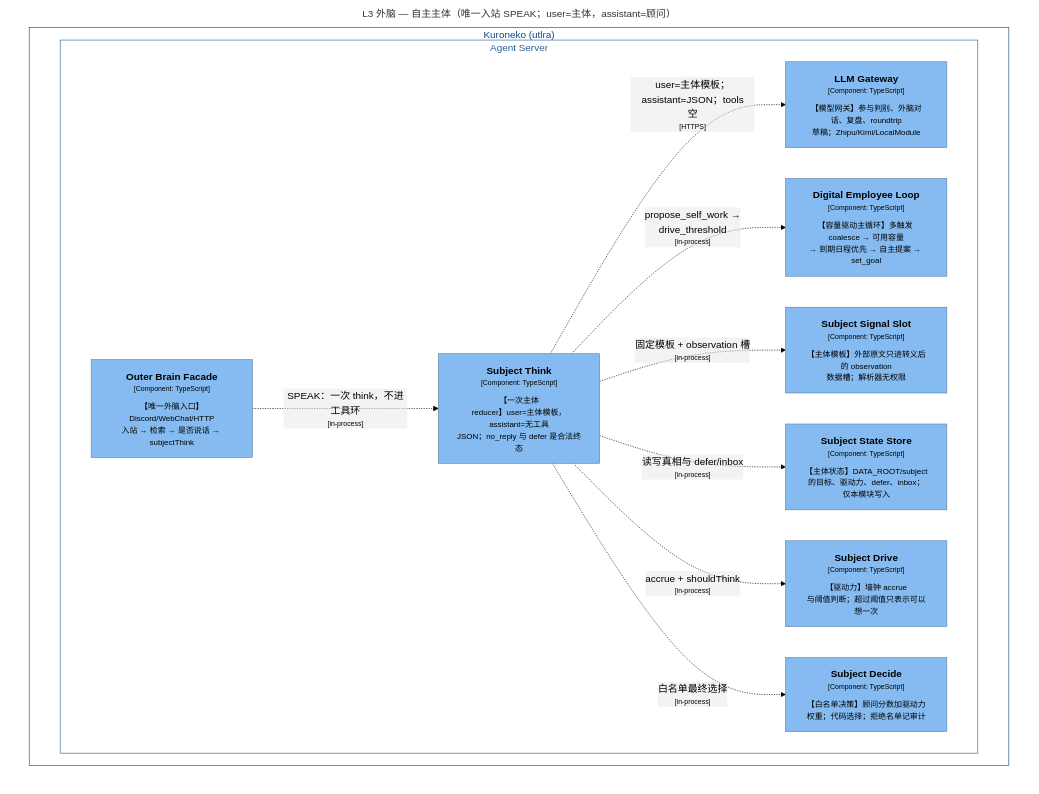
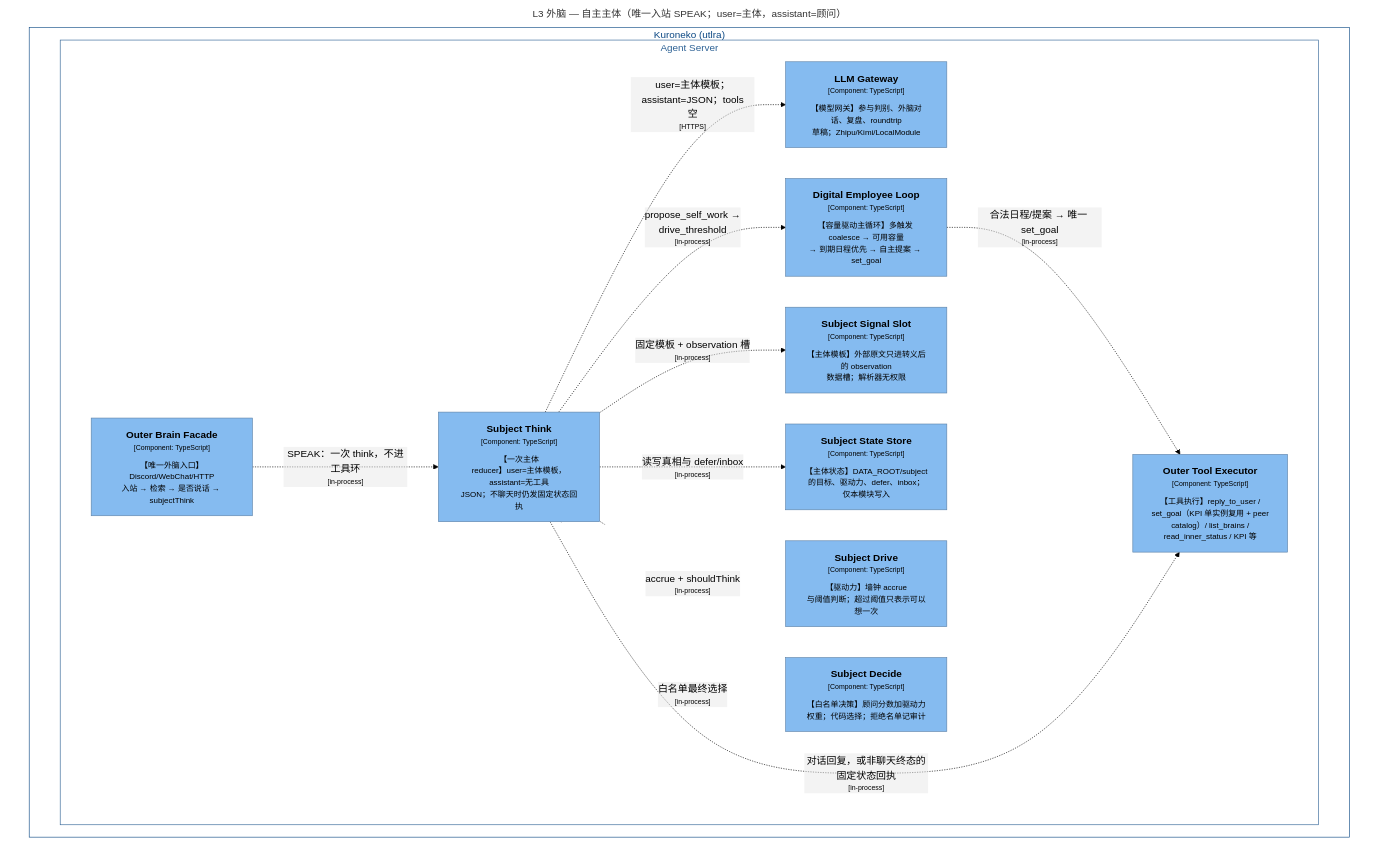
One commit to shinjiyu/amadues changed the diagram in doc/structurizr/structurizr-15-L3-Outer-Subject.mmd. Above: the diagram before and after it, drawn with Mermaid (forest theme). The commit also changed 13 other files, not shown here.

First line of the commit message:
docs(adl): status ack for non-chat subject outcomes

```diff
--- a/doc/structurizr/structurizr-15-L3-Outer-Subject.mmd
+++ b/doc/structurizr/structurizr-15-L3-Outer-Subject.mmd
@@ -1,41 +1,45 @@
 graph TB
   linkStyle default fill:#ffffff
 
   subgraph diagram ["L3 外脑 — 自主主体（唯一入站 SPEAK；user=主体，assistant=顾问）"]
     style diagram fill:#ffffff,stroke:#ffffff
 
     subgraph 11 ["Kuroneko (utlra)"]
       style 11 fill:#ffffff,stroke:#0b4884,color:#0b4884
 
       subgraph 15 ["Agent Server"]
         style 15 fill:#ffffff,stroke:#2e6295,color:#2e6295
 
         18["<div style='font-weight: bold'>Outer Brain Facade</div><div style='font-size: 70%; margin-top: 0px'>[Component: TypeScript]</div><div style='font-size: 80%; margin-top:10px'>【唯一外脑入口】Discord/WebChat/HTTP<br />入站 → 检索 → 是否说话 → subjectThink</div>"]
         style 18 fill:#85bbf0,stroke:#5d82a8,color:#000000
+        25["<div style='font-weight: bold'>Outer Tool Executor</div><div style='font-size: 70%; margin-top: 0px'>[Component: TypeScript]</div><div style='font-size: 80%; margin-top:10px'>【工具执行】reply_to_user /<br />set_goal（KPI 单实例复用 + peer<br />catalog）/ list_brains /<br />read_inner_status / KPI 等</div>"]
+        style 25 fill:#85bbf0,stroke:#5d82a8,color:#000000
         26["<div style='font-weight: bold'>LLM Gateway</div><div style='font-size: 70%; margin-top: 0px'>[Component: TypeScript]</div><div style='font-size: 80%; margin-top:10px'>【模型网关】参与判别、外脑对话、复盘、roundtrip<br />草稿；Zhipu/Kimi/LocalModule</div>"]
         style 26 fill:#85bbf0,stroke:#5d82a8,color:#000000
         49["<div style='font-weight: bold'>Digital Employee Loop</div><div style='font-size: 70%; margin-top: 0px'>[Component: TypeScript]</div><div style='font-size: 80%; margin-top:10px'>【容量驱动主循环】多触发 coalesce → 可用容量<br />→ 到期日程优先 → 自主提案 → set_goal</div>"]
         style 49 fill:#85bbf0,stroke:#5d82a8,color:#000000
         75["<div style='font-weight: bold'>Subject Signal Slot</div><div style='font-size: 70%; margin-top: 0px'>[Component: TypeScript]</div><div style='font-size: 80%; margin-top:10px'>【主体模板】外部原文只进转义后的 observation<br />数据槽；解析器无权限</div>"]
         style 75 fill:#85bbf0,stroke:#5d82a8,color:#000000
         76["<div style='font-weight: bold'>Subject State Store</div><div style='font-size: 70%; margin-top: 0px'>[Component: TypeScript]</div><div style='font-size: 80%; margin-top:10px'>【主体状态】DATA_ROOT/subject<br />的目标、驱动力、defer、inbox；仅本模块写入</div>"]
         style 76 fill:#85bbf0,stroke:#5d82a8,color:#000000
         77["<div style='font-weight: bold'>Subject Drive</div><div style='font-size: 70%; margin-top: 0px'>[Component: TypeScript]</div><div style='font-size: 80%; margin-top:10px'>【驱动力】墙钟 accrue<br />与阈值判断；超过阈值只表示可以想一次</div>"]
         style 77 fill:#85bbf0,stroke:#5d82a8,color:#000000
         78["<div style='font-weight: bold'>Subject Decide</div><div style='font-size: 70%; margin-top: 0px'>[Component: TypeScript]</div><div style='font-size: 80%; margin-top:10px'>【白名单决策】顾问分数加驱动力权重；代码选择；拒绝名单记审计</div>"]
         style 78 fill:#85bbf0,stroke:#5d82a8,color:#000000
-        79["<div style='font-weight: bold'>Subject Think</div><div style='font-size: 70%; margin-top: 0px'>[Component: TypeScript]</div><div style='font-size: 80%; margin-top:10px'>【一次主体<br />reducer】user=主体模板，assistant=无工具<br />JSON；no_reply 与 defer 是合法终态</div>"]
+        79["<div style='font-weight: bold'>Subject Think</div><div style='font-size: 70%; margin-top: 0px'>[Component: TypeScript]</div><div style='font-size: 80%; margin-top:10px'>【一次主体<br />reducer】user=主体模板，assistant=无工具<br />JSON；不聊天时仍发固定状态回执</div>"]
         style 79 fill:#85bbf0,stroke:#5d82a8,color:#000000
       end
 
     end
 
+    49-. "<div>合法日程/提案 → 唯一 set_goal</div><div style='font-size: 70%'>[in-process]</div>" .->25
     18-. "<div>SPEAK：一次 think，不进工具环</div><div style='font-size: 70%'>[in-process]</div>" .->79
     79-. "<div>固定模板 + observation 槽</div><div style='font-size: 70%'>[in-process]</div>" .->75
     79-. "<div>读写真相与 defer/inbox</div><div style='font-size: 70%'>[in-process]</div>" .->76
     79-. "<div>accrue + shouldThink</div><div style='font-size: 70%'>[in-process]</div>" .->77
     79-. "<div>白名单最终选择</div><div style='font-size: 70%'>[in-process]</div>" .->78
     79-. "<div>user=主体模板；assistant=JSON；tools<br />空</div><div style='font-size: 70%'>[HTTPS]</div>" .->26
+    79-. "<div>对话回复，或非聊天终态的固定状态回执</div><div style='font-size: 70%'>[in-process]</div>" .->25
     79-. "<div>propose_self_work →<br />drive_threshold</div><div style='font-size: 70%'>[in-process]</div>" .->49
 
   end
```
